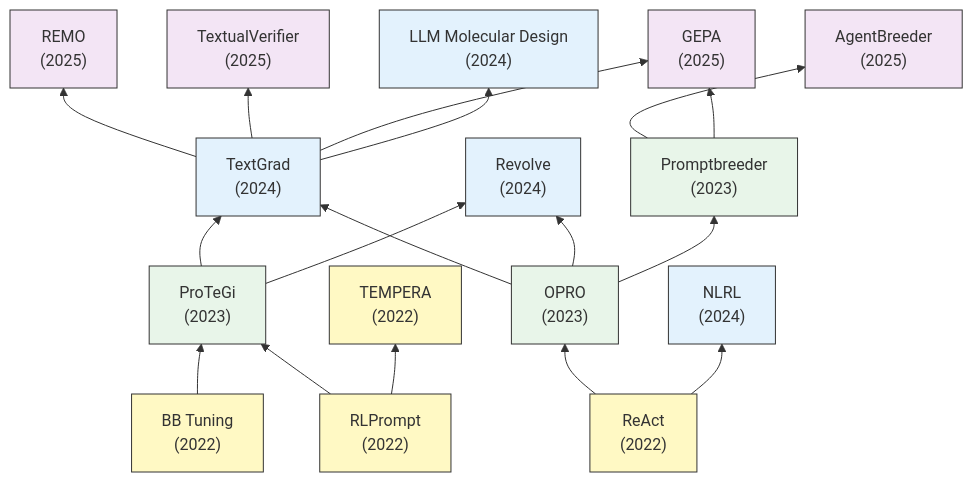
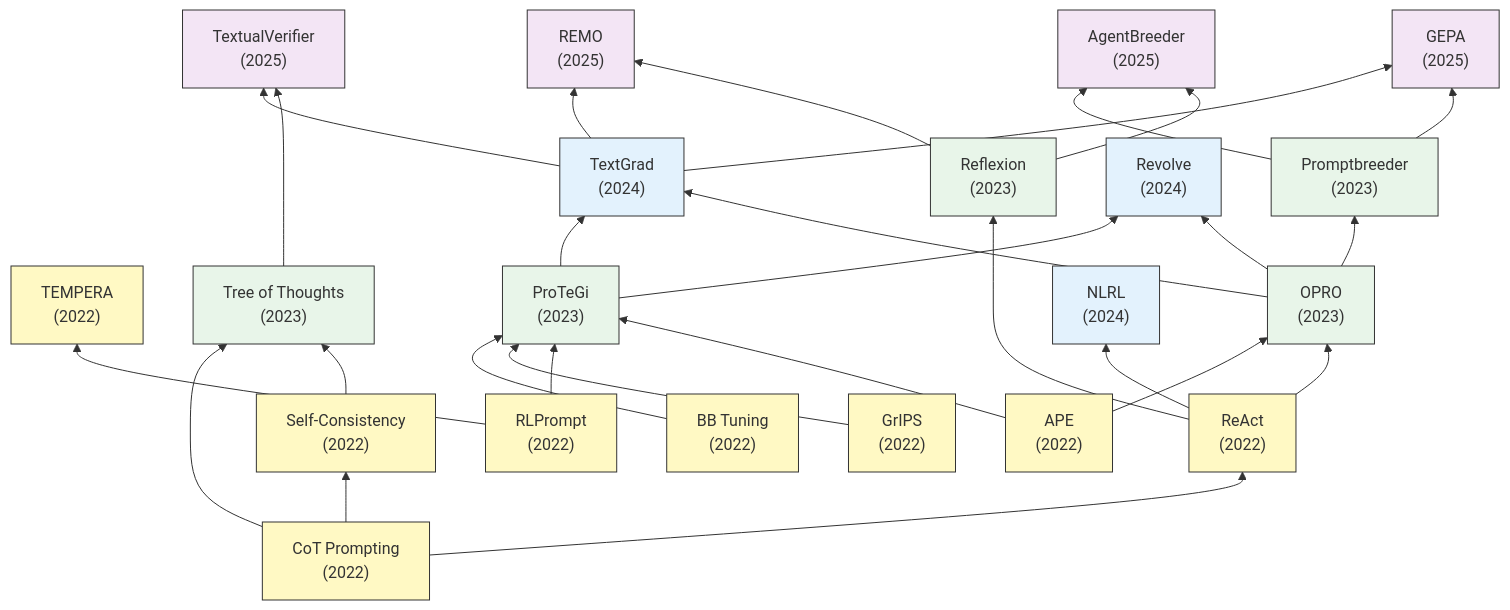
Before and after one commit to NamelessOgya/reading-notes-chokosenloveti: the diagram in LLMと逐次改善/summary.md, drawn with Mermaid. The commit also changed other lines of this file, not shown here.

````diff
--- a/LLMと逐次改善/summary.md
+++ b/LLMと逐次改善/summary.md
@@ -41,20 +46,29 @@
     classDef y2024 fill:#E3F2FD,stroke:#333,stroke-width:1px;
     classDef y2025 fill:#F3E5F5,stroke:#333,stroke-width:1px;
     
+    %% Nodes 2022
     node_BBT["BB Tuning<br>(2022)"]
     node_RLP["RLPrompt<br>(2022)"]
+    node_GRIPS["GrIPS<br>(2022)"]
+    node_COT["CoT Prompting<br>(2022)"]
+    node_SC["Self-Consistency<br>(2022)"]
+    node_APE["APE<br>(2022)"]
     node_REACT["ReAct<br>(2022)"]
     node_TEMP["TEMPERA<br>(2022)"]
     
+    %% Nodes 2023
     node_OPRO["OPRO<br>(2023)"]
     node_PROT["ProTeGi<br>(2023)"]
     node_PB["Promptbreeder<br>(2023)"]
+    node_TOT["Tree of Thoughts<br>(2023)"]
+    node_REFL["Reflexion<br>(2023)"]
     
+    %% Nodes 2024
     node_TEXTG["TextGrad<br>(2024)"]
     node_NLRL["NLRL<br>(2024)"]
     node_REV["Revolve<br>(2024)"]
-    node_MDE["LLM Molecular Design<br>(2024)"]
     
+    %% Nodes 2025
     node_GEPA["GEPA<br>(2025)"]
     node_AB["AgentBreeder<br>(2025)"]
     node_REMO["REMO<br>(2025)"]
@@ -62,26 +76,43 @@
     
     class node_BBT y2022;
     class node_RLP y2022;
+    class node_GRIPS y2022;
+    class node_COT y2022;
+    class node_SC y2022;
+    class node_APE y2022;
     class node_REACT y2022;
     class node_TEMP y2022;
     
     class node_OPRO y2023;
     class node_PROT y2023;
     class node_PB y2023;
+    class node_TOT y2023;
+    class node_REFL y2023;
     
     class node_TEXTG y2024;
     class node_NLRL y2024;
     class node_REV y2024;
-    class node_MDE y2024;
     
     class node_GEPA y2025;
     class node_AB y2025;
     class node_REMO y2025;
     class node_VERIF y2025;
     
+    %% Edges
+    node_COT --> node_SC
+    node_COT --> node_REACT
+    node_COT --> node_TOT
+    node_SC --> node_TOT
+    
     node_BBT --> node_PROT
+    node_GRIPS --> node_PROT
     node_RLP --> node_PROT
     node_RLP --> node_TEMP
+    
+    node_APE --> node_PROT
+    node_APE --> node_OPRO
+    
+    node_REACT --> node_REFL
     node_REACT --> node_OPRO
     
     node_PROT --> node_TEXTG
@@ -93,8 +124,12 @@
     node_TEXTG --> node_REMO
     node_TEXTG --> node_VERIF
     node_TEXTG --> node_GEPA
-    node_TEXTG --> node_MDE
+    node_REFL --> node_REMO
+    
     node_PB --> node_AB
+    node_PB --> node_GEPA
+    node_REFL --> node_AB
+    
+    node_TOT --> node_VERIF
     node_REACT --> node_NLRL
-    node_PB --> node_GEPA
 ```
````
